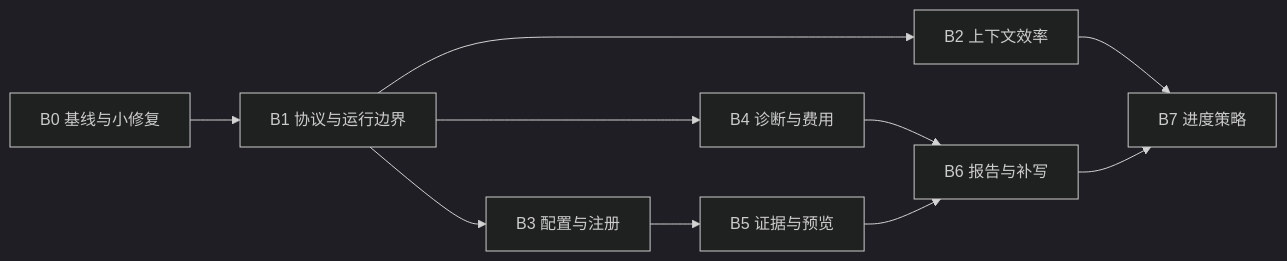
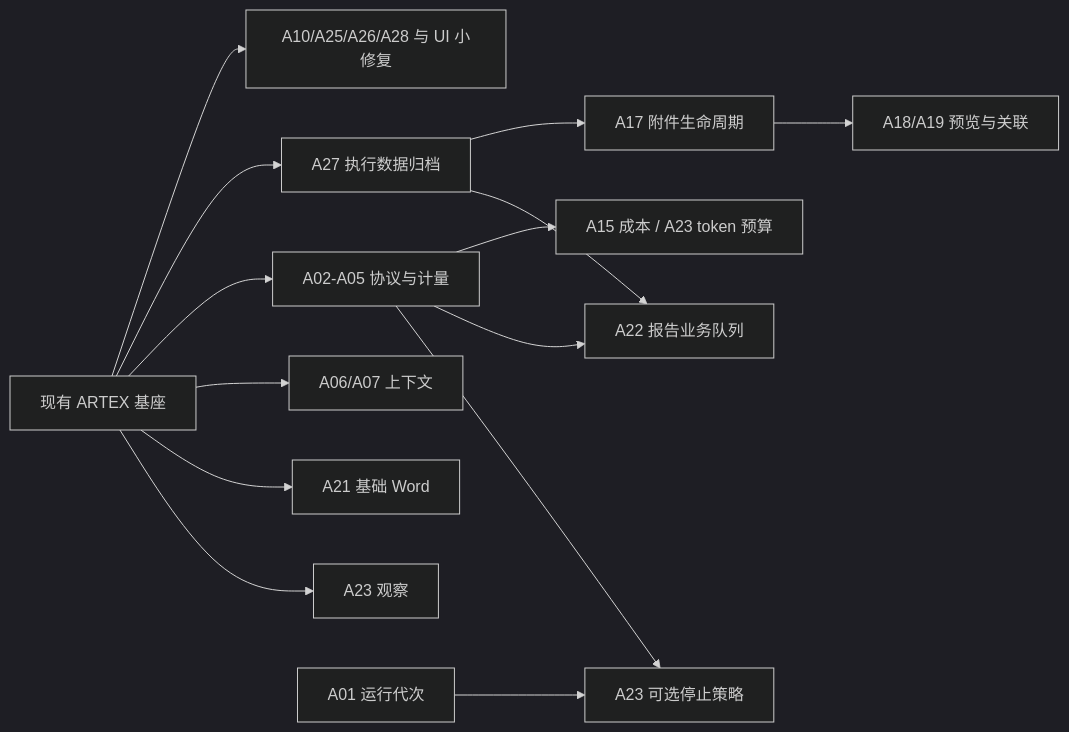
Before and after one commit to Alexander4731/ARTEX-God: the diagram in POJUN_INTEGRATION_PLAN.md, drawn with Mermaid (dark theme). The commit also changed other lines of this file and 3 other files, not shown here.

````diff
--- a/POJUN_INTEGRATION_PLAN.md
+++ b/POJUN_INTEGRATION_PLAN.md
@@ -270,12 +363,16 @@
 ```mermaid
 flowchart LR
-  B0["B0 基线与小修复"] --> B1["B1 协议与运行边界"]
-  B1 --> B2["B2 上下文效率"]
-  B1 --> B3["B3 配置与注册"]
-  B1 --> B4["B4 诊断与费用"]
-  B3 --> B5["B5 证据与预览"]
-  B4 --> B6["B6 报告与补写"]
-  B5 --> B6
-  B2 --> B7["B7 进度策略"]
-  B6 --> B7
+  Core["现有 ARTEX 基座"] --> Fix["A10/A25/A26/A28 与 UI 小修复"]
+  Core --> Archive["A27 执行数据归档"]
+  Core --> Protocol["A02-A05 协议与计量"]
+  Core --> Context["A06/A07 上下文"]
+  Core --> Word["A21 基础 Word"]
+  Core --> Observe["A23 观察"]
+  Archive --> Artifact["A17 附件生命周期"]
+  Artifact --> Preview["A18/A19 预览与关联"]
+  Protocol --> Cost["A15 成本 / A23 token 预算"]
+  Archive --> Report["A22 报告业务队列"]
+  Protocol --> Report
+  A01["A01 运行代次"] --> Stop["A23 可选停止策略"]
+  Protocol --> Stop
 ```
````
